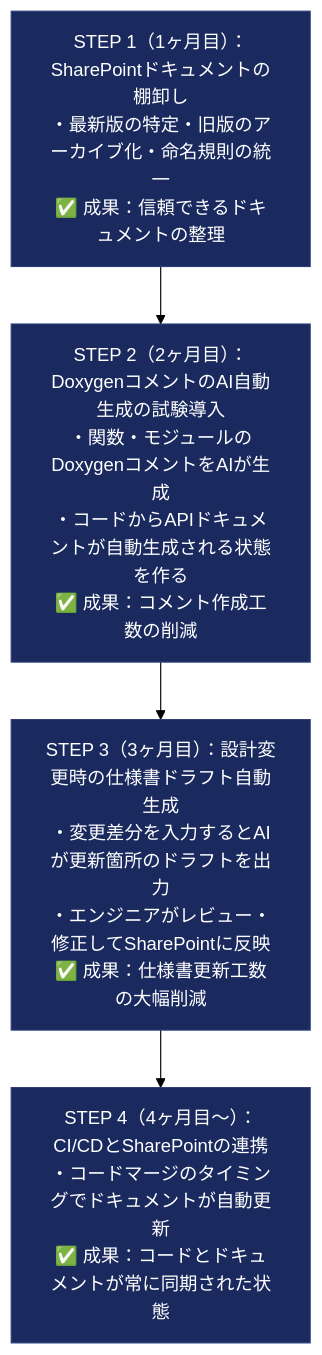
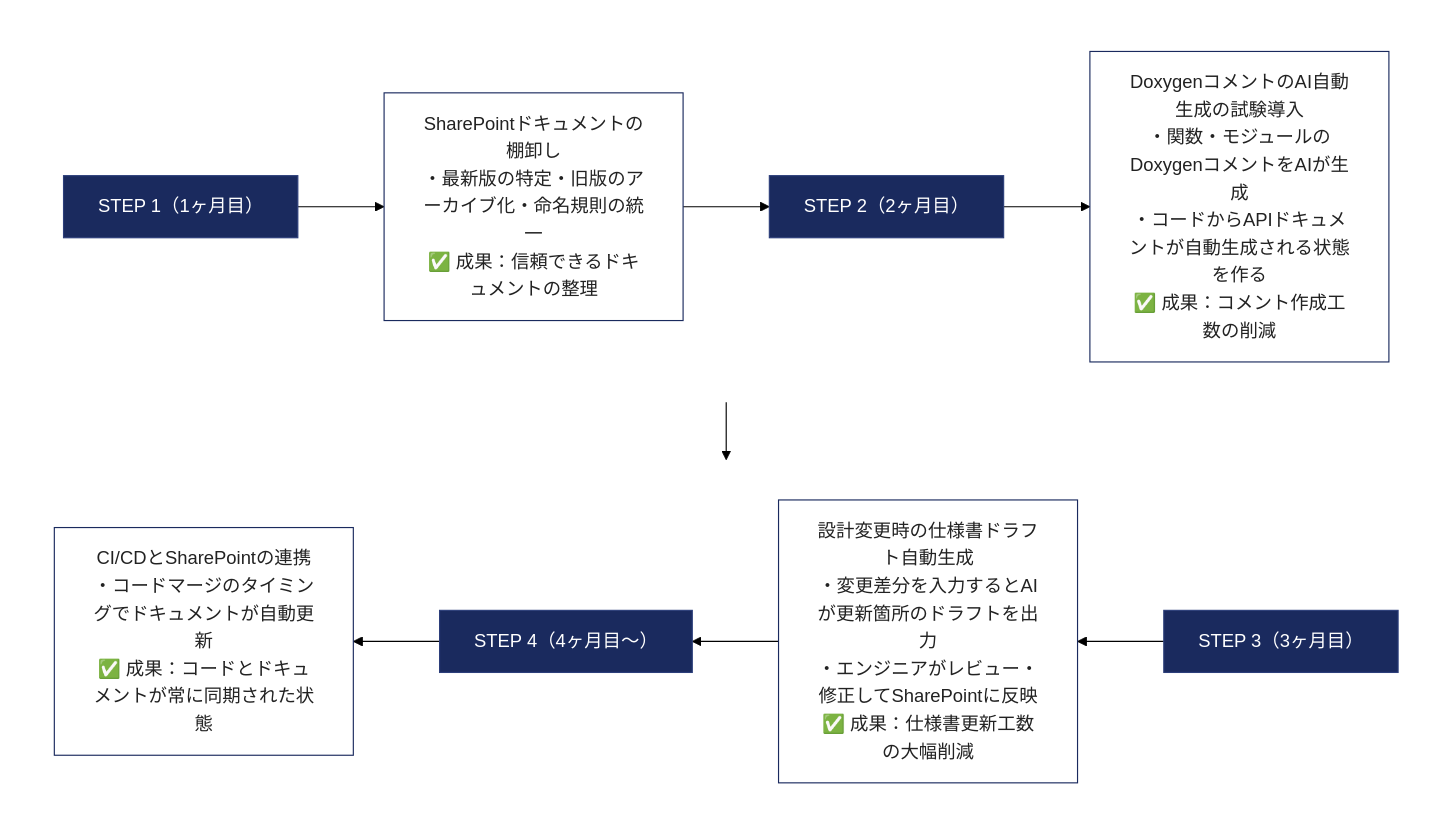
The eighth of 10 diagrams in AI_Idea/AI_ADOPTION_PROPOSAL.md (Kengo55555/My_Study), drawn with Mermaid (forest theme) before and after one commit. The commit also changed other lines of this file and 1 other file, not shown here.

Commit message:
Refactor proposal: bullet points, コ字 Mermaid layout, navy titles / white content nodes

````diff
--- a/AI_Idea/AI_ADOPTION_PROPOSAL.md
+++ b/AI_Idea/AI_ADOPTION_PROPOSAL.md
@@ -268,10 +365,22 @@
 ```mermaid
 flowchart TD
-    S1["STEP 1（1ヶ月目）：SharePointドキュメントの棚卸し<br/>・最新版の特定・旧版のアーカイブ化・命名規則の統一<br/>✅ 成果：信頼できるドキュメントの整理"]
-    S2["STEP 2（2ヶ月目）：DoxygenコメントのAI自動生成の試験導入<br/>・関数・モジュールのDoxygenコメントをAIが生成<br/>・コードからAPIドキュメントが自動生成される状態を作る<br/>✅ 成果：コメント作成工数の削減"]
-    S3["STEP 3（3ヶ月目）：設計変更時の仕様書ドラフト自動生成<br/>・変更差分を入力するとAIが更新箇所のドラフトを出力<br/>・エンジニアがレビュー・修正してSharePointに反映<br/>✅ 成果：仕様書更新工数の大幅削減"]
-    S4["STEP 4（4ヶ月目〜）：CI/CDとSharePointの連携<br/>・コードマージのタイミングでドキュメントが自動更新<br/>✅ 成果：コードとドキュメントが常に同期された状態"]
-    S1 --> S2 --> S3 --> S4
-    classDef stepNode fill:#1a2a5e,stroke:#2c3e7a,color:#fff
-    class S1,S2,S3,S4 stepNode
+    subgraph row1[" "]
+        direction LR
+        T1["STEP 1（1ヶ月目）"] --> C1["SharePointドキュメントの棚卸し<br/>・最新版の特定・旧版のアーカイブ化・命名規則の統一<br/>✅ 成果：信頼できるドキュメントの整理"]
+        C1 --> T2["STEP 2（2ヶ月目）"]
+        T2 --> C2["DoxygenコメントのAI自動生成の試験導入<br/>・関数・モジュールのDoxygenコメントをAIが生成<br/>・コードからAPIドキュメントが自動生成される状態を作る<br/>✅ 成果：コメント作成工数の削減"]
+    end
+    subgraph row2[" "]
+        direction RL
+        T3["STEP 3（3ヶ月目）"] --> C3["設計変更時の仕様書ドラフト自動生成<br/>・変更差分を入力するとAIが更新箇所のドラフトを出力<br/>・エンジニアがレビュー・修正してSharePointに反映<br/>✅ 成果：仕様書更新工数の大幅削減"]
+        C3 --> T4["STEP 4（4ヶ月目〜）"]
+        T4 --> C4["CI/CDとSharePointの連携<br/>・コードマージのタイミングでドキュメントが自動更新<br/>✅ 成果：コードとドキュメントが常に同期された状態"]
+    end
+    C2 --> T3
+    style row1 fill:transparent,stroke:transparent,color:transparent
+    style row2 fill:transparent,stroke:transparent,color:transparent
+    classDef title fill:#1a2a5e,stroke:#2c3e7a,color:#fff
+    classDef content fill:#fff,stroke:#1a2a5e,color:#222
+    class T1,T2,T3,T4 title
+    class C1,C2,C3,C4 content
 ```
````
